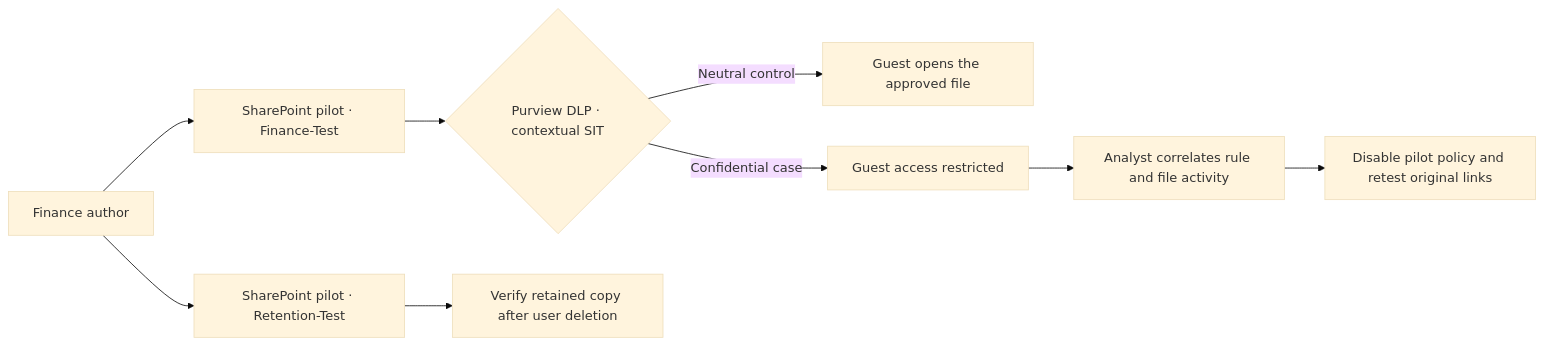
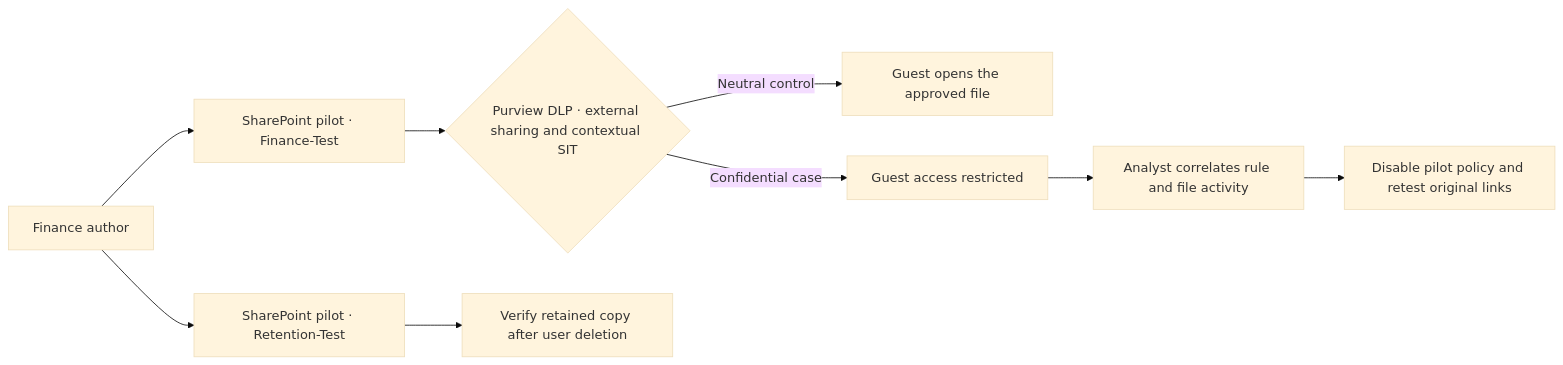
Before and after one commit to krzysztof-szot/microsoft-purview-data-protection-project: the diagram in README.md, drawn with Mermaid (base theme). The commit also changed other lines of this file and 3 other files, not shown here.

Commit message:
Document required external-sharing condition for DLP rule

````diff
--- a/README.md
+++ b/README.md
@@ -71,11 +71,11 @@
 ```mermaid
 flowchart LR
     Author["Finance author"] --> Finance["SharePoint pilot · Finance-Test"]
-    Finance --> DLP{"Purview DLP · contextual SIT"}
+    Finance --> DLP{"Purview DLP · external sharing and contextual SIT"}
     DLP -->|"Neutral control"| Allow["Guest opens the approved file"]
     DLP -->|"Confidential case"| Deny["Guest access restricted"]
     Deny --> Triage["Analyst correlates rule and file activity"]
     Triage --> Recovery["Disable pilot policy and retest original links"]
     Author --> Retention["SharePoint pilot · Retention-Test"]
     Retention --> Preserve["Verify retained copy after user deletion"]
 ```
````
